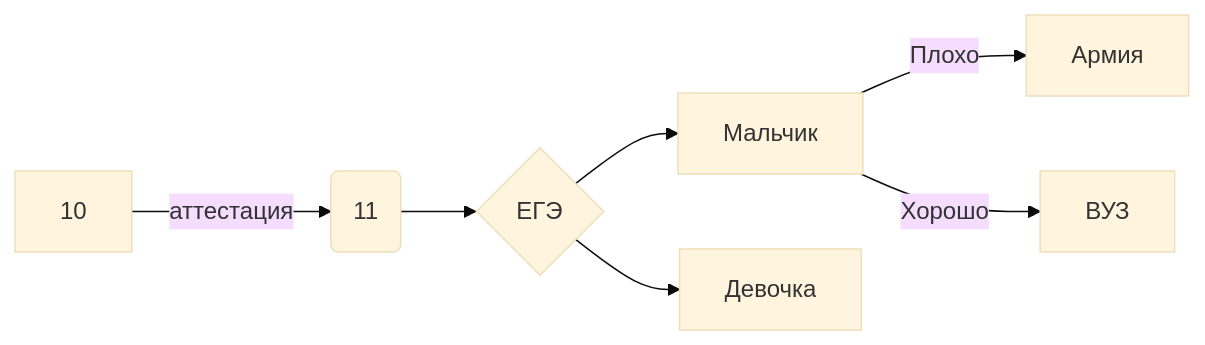
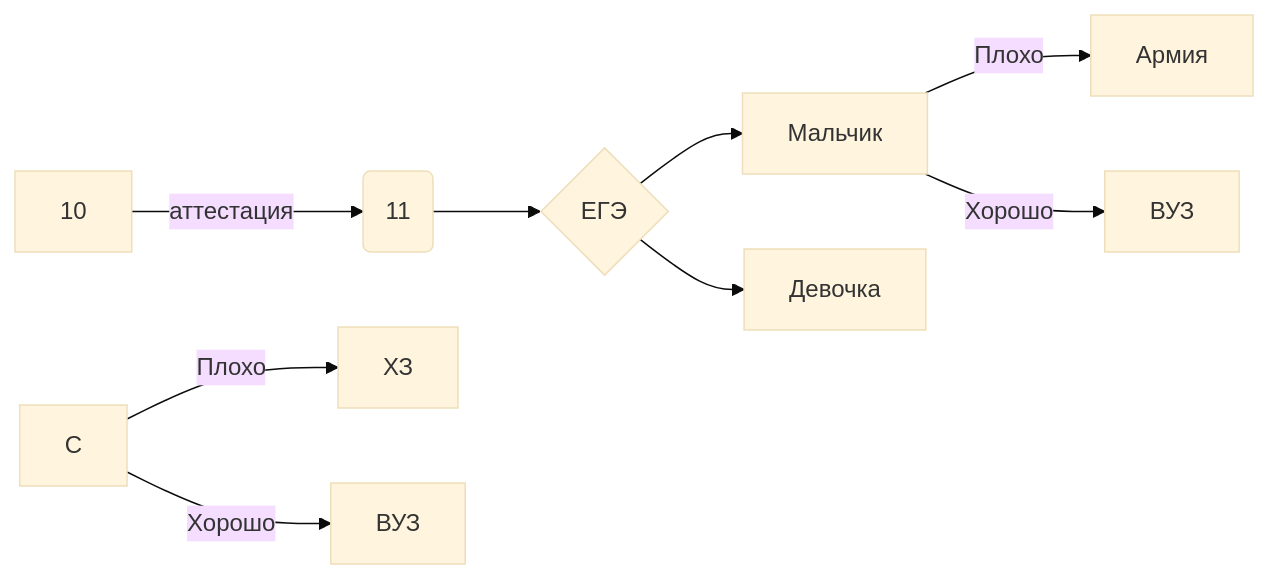
One commit to VoroninVaycheslav/LearnOfInvormatic changed the diagram in README.md. Above: the diagram before and after it, drawn with Mermaid (base theme).

````diff
--- a/README.md
+++ b/README.md
@@ -41,9 +41,11 @@
 ```mermaid
 flowchart LR
 A[10] -->|аттестация| B(11)
 B --> C{ЕГЭ}
 C --> D[Мальчик]
 D --> |Плохо|G[Армия]
 D --> |Хорошо|H[ВУЗ]
 C --> E[Девочка]
+С --> |Плохо|I[ХЗ]
+С --> |Хорошо|K[ВУЗ]
 ```
````
